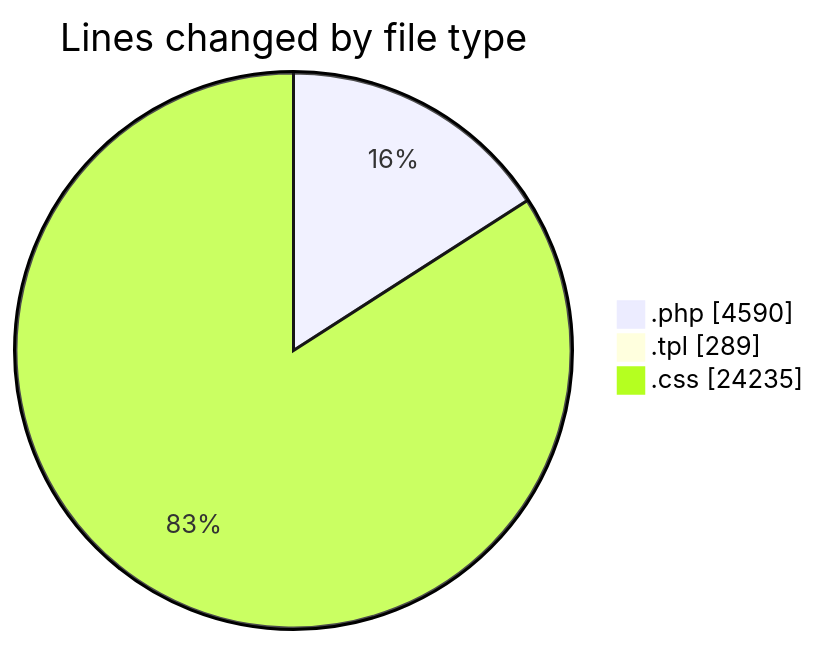
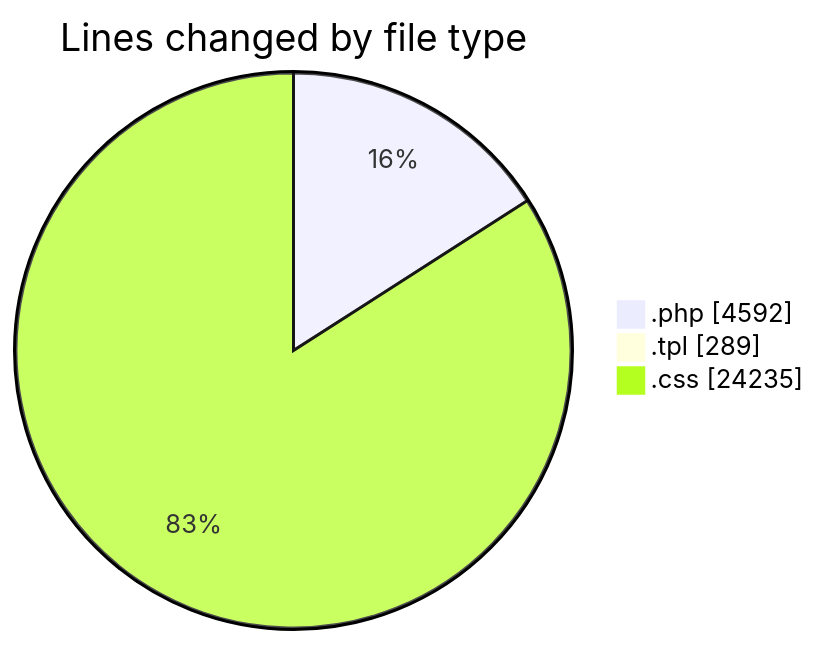
Before and after one commit to vahidmafi/code-tracking: the first of 2 diagrams in 2025-04-18/zeytoon/README.md, drawn with Mermaid. The commit also changed other lines of this file and 1 other file, not shown here.

````diff
--- a/2025-04-18/zeytoon/README.md
+++ b/2025-04-18/zeytoon/README.md
@@ -29,7 +29,7 @@
 ```mermaid
 pie showData
 title Lines changed by file type
-".php" : 4590
+".php" : 4592
 ".tpl" : 289
 ".css" : 24235
 ```
````
